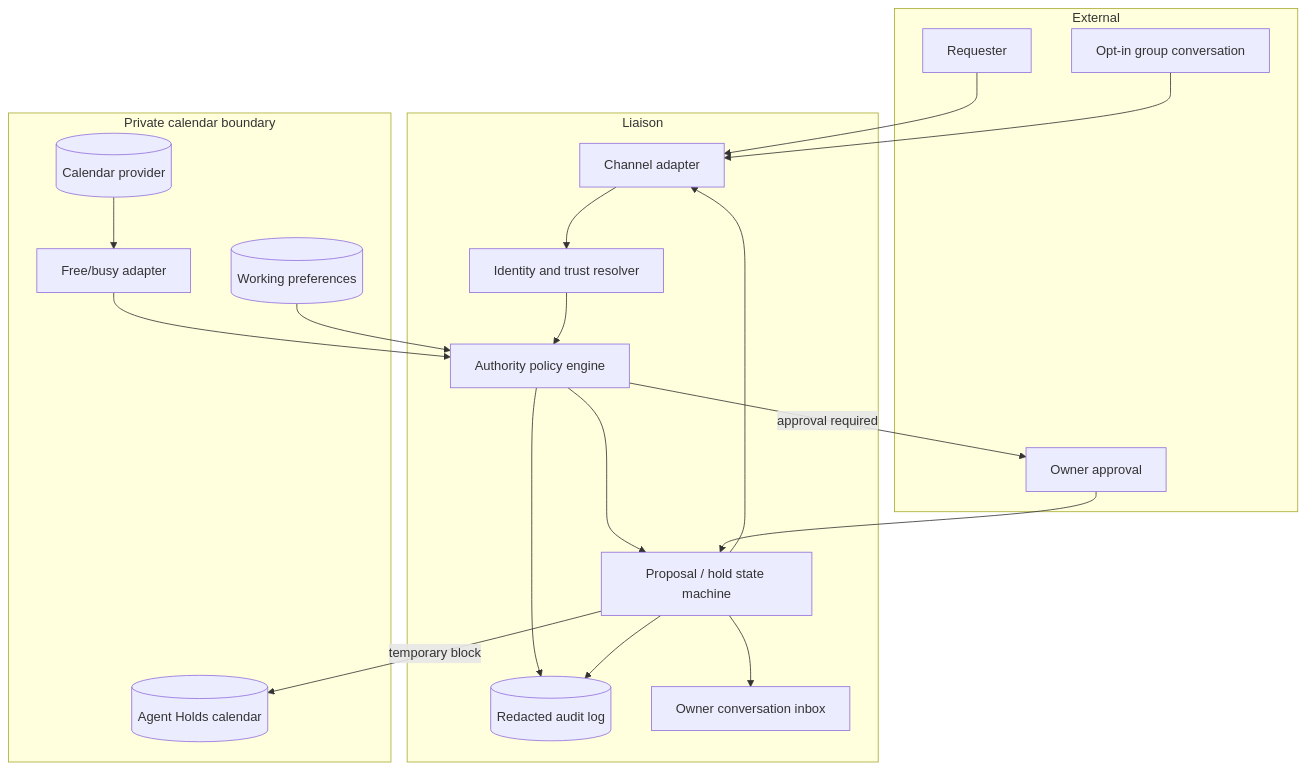
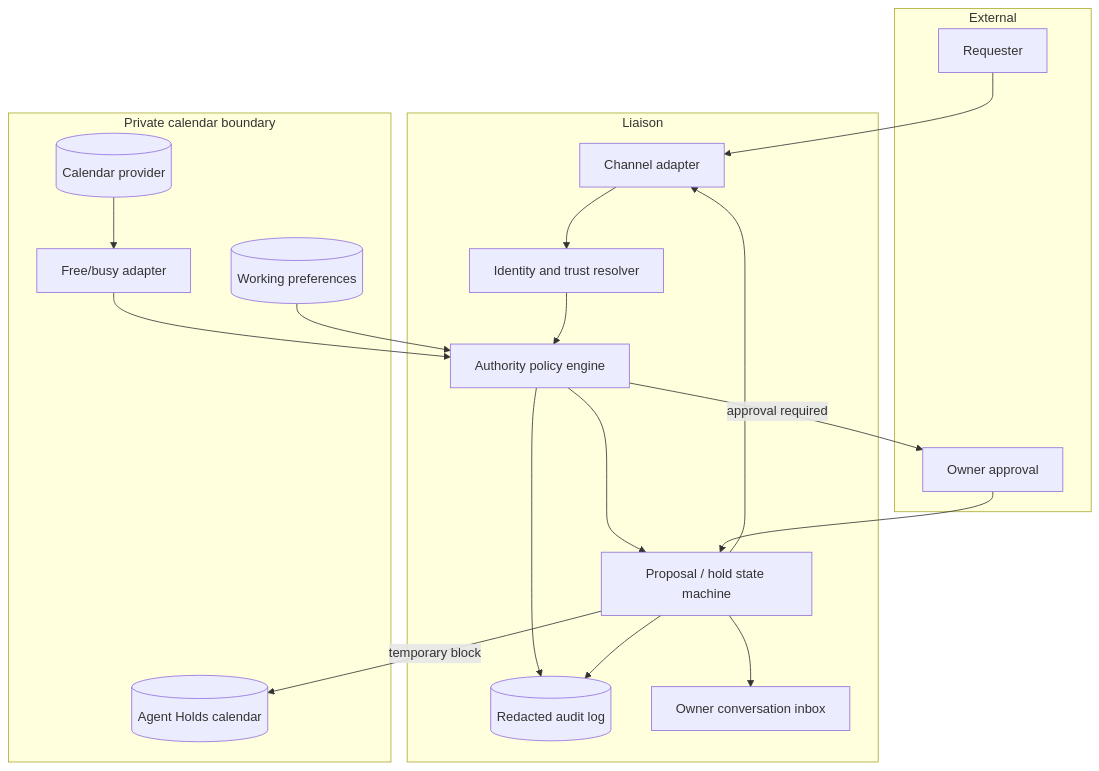
One commit to simon5530/agent-liaison changed the first of 2 diagrams in docs/ARCHITECTURE.md. Above: the diagram before and after it, drawn with Mermaid. The commit also changed other lines of this file and 4 other files, not shown here.

````diff
--- a/docs/ARCHITECTURE.md
+++ b/docs/ARCHITECTURE.md
@@ -9,36 +9,34 @@
 ```mermaid
 flowchart TB
   subgraph External
     User[Requester]
     Owner[Owner approval]
-    Group[Opt-in group conversation]
   end
 
   subgraph Liaison
     Channel[Channel adapter]
     Identity[Identity and trust resolver]
     Policy[Authority policy engine]
     State[Proposal / hold state machine]
     Audit[(Redacted audit log)]
     Inbox[Owner conversation inbox]
   end
 
   subgraph PrivateBoundary[Private calendar boundary]
     FreeBusy[Free/busy adapter]
     Preferences[(Working preferences)]
     Calendar[(Calendar provider)]
     Holds[(Agent Holds calendar)]
   end
 
   User --> Channel --> Identity --> Policy
-  Group --> Channel
   Calendar --> FreeBusy --> Policy
   Preferences --> Policy
   Policy --> State --> Channel
   Policy -->|approval required| Owner
   Owner --> State
   State --> Inbox
   State -->|temporary block| Holds
   Policy --> Audit
   State --> Audit
 ```
````
